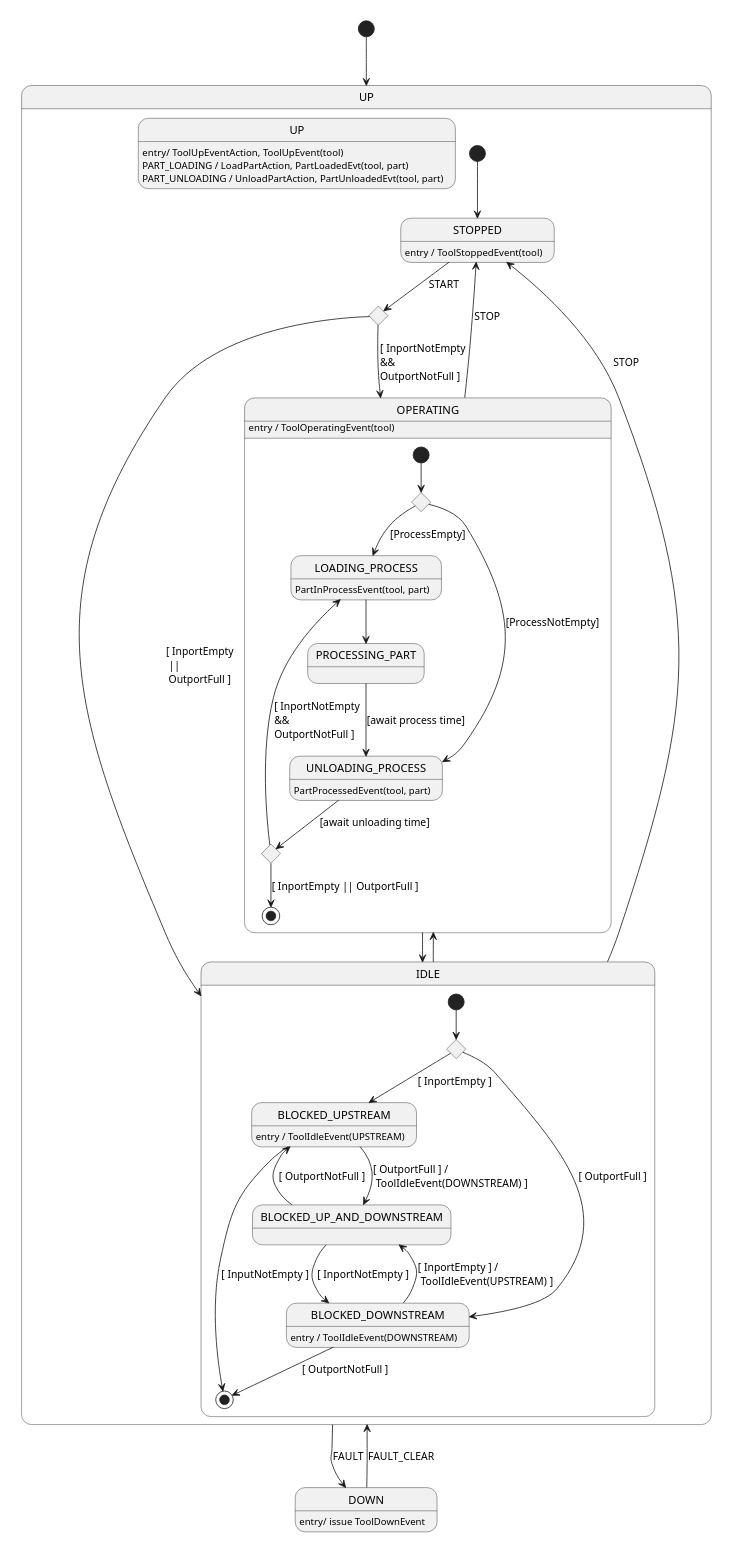
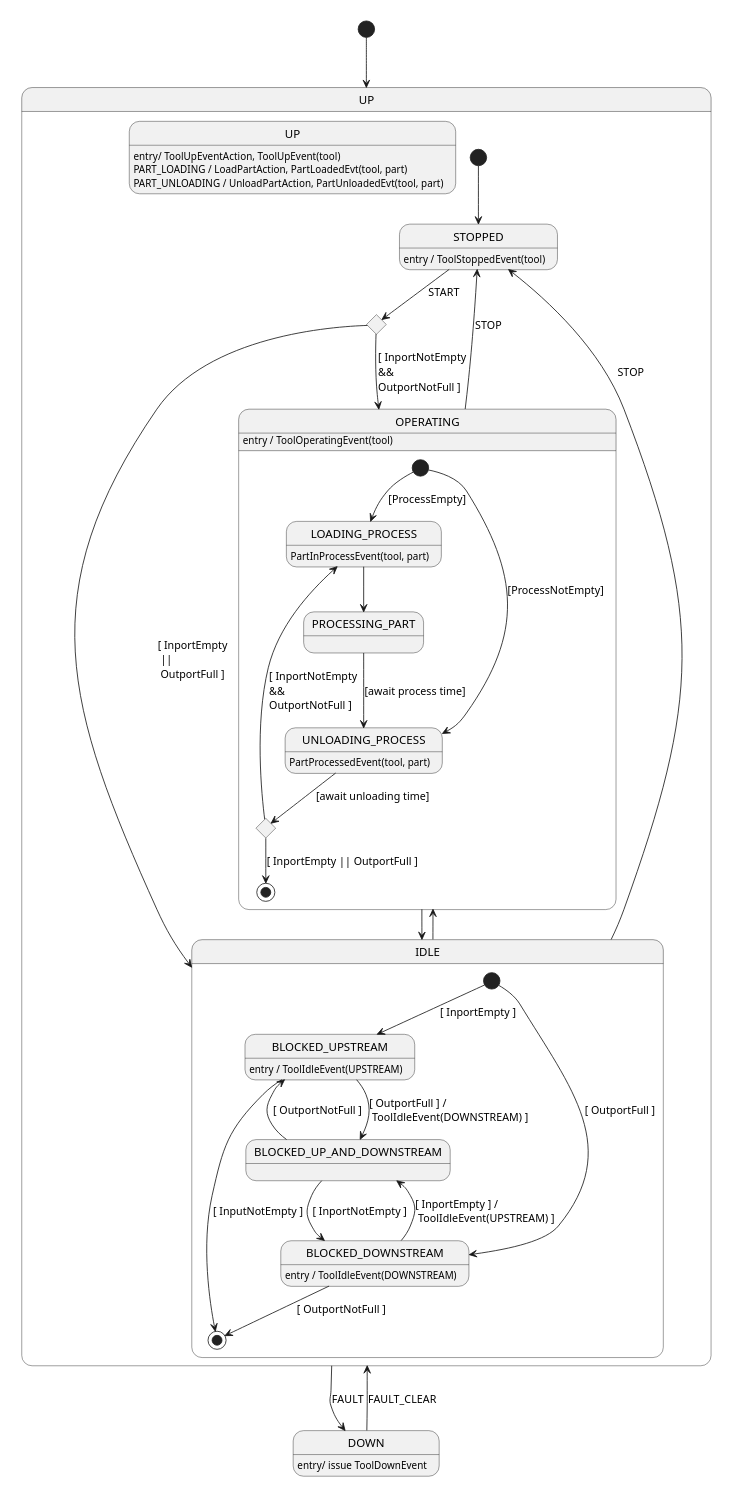
The diagram in doc/domain/tool-5.state.puml (onouv/mes-tool-mock-srv), drawn with PlantUML before and after one commit.

```diff
--- a/doc/domain/tool-5.state.puml
+++ b/doc/domain/tool-5.state.puml
@@ -1,69 +1,65 @@
 @startuml
 'https://plantuml.com/state-diagram
 skinparam defaultTextAlignment left
 scale 350 width
 
 [*] --> UP
 state DOWN : entry/ issue ToolDownEvent
 
 state UP {
     state UP: entry/ ToolUpEventAction, ToolUpEvent(tool)
     state UP: PART_LOADING / LoadPartAction, PartLoadedEvt(tool, part)
     state UP: PART_UNLOADING / UnloadPartAction, PartUnloadedEvt(tool, part)
 
     state STOPPED
     STOPPED: entry / ToolStoppedEvent(tool)
 
     state CHOICE_START <<choice>>
     [*] --> STOPPED
     STOPPED --> CHOICE_START: START
     CHOICE_START --> OPERATING: [ InportNotEmpty\n&&\nOutportNotFull ]
     CHOICE_START --> IDLE: [ InportEmpty \n ||\n OutportFull ]
 
     OPERATING --> STOPPED: STOP
     OPERATING --> IDLE
 
     state IDLE {
-        state CHOICE1 <<choice>>
+
         state BLOCKED_UPSTREAM: entry / ToolIdleEvent(UPSTREAM)
         state BLOCKED_DOWNSTREAM: entry / ToolIdleEvent(DOWNSTREAM)
-        [*] --> CHOICE1
-        CHOICE1 --> BLOCKED_UPSTREAM: [ InportEmpty ]
-        CHOICE1 --> BLOCKED_DOWNSTREAM: [ OutportFull ]
+
+        [*] --> BLOCKED_UPSTREAM: [ InportEmpty ]
+        [*] --> BLOCKED_DOWNSTREAM: [ OutportFull ]
         BLOCKED_DOWNSTREAM --> BLOCKED_UP_AND_DOWNSTREAM: [ InportEmpty ] /\n ToolIdleEvent(UPSTREAM) ]
         BLOCKED_UPSTREAM --> BLOCKED_UP_AND_DOWNSTREAM: [ OutportFull ] /\n ToolIdleEvent(DOWNSTREAM) ]
         BLOCKED_UP_AND_DOWNSTREAM --> BLOCKED_UPSTREAM: [ OutportNotFull ]
         BLOCKED_UP_AND_DOWNSTREAM --> BLOCKED_DOWNSTREAM: [ InportNotEmpty ]
         BLOCKED_DOWNSTREAM --> [*]: [ OutportNotFull ]
         BLOCKED_UPSTREAM --> [*]: [ InputNotEmpty ]
      }
 
     state OPERATING {
         OPERATING: entry / ToolOperatingEvent(tool)
                 state LOADING_PROCESS: PartInProcessEvent(tool, part)
                 state UNLOADING_PROCESS: PartProcessedEvent(tool, part)
-                state CHOICE_LOADING <<choice>>
                 state CHOICE_UNLOADING <<choice>>
                 state PROCESSING_PART
 
-                [*] --> CHOICE_LOADING
-                CHOICE_LOADING --> LOADING_PROCESS: [ProcessEmpty]
-                CHOICE_LOADING --> UNLOADING_PROCESS: [ProcessNotEmpty]
+                [*] --> LOADING_PROCESS: [ProcessEmpty]
+                [*] --> UNLOADING_PROCESS: [ProcessNotEmpty]
                 LOADING_PROCESS --> PROCESSING_PART
 
                 PROCESSING_PART --> UNLOADING_PROCESS: [await process time]
                 UNLOADING_PROCESS --> CHOICE_UNLOADING: [await unloading time]
                 CHOICE_UNLOADING --> LOADING_PROCESS: [ InportNotEmpty \n&& \nOutportNotFull ]
                 CHOICE_UNLOADING --> [*] : [ InportEmpty || OutportFull ]
     }
-
-
 
     IDLE --> OPERATING
     IDLE --> STOPPED: STOP
 
 }
 
 UP --> DOWN: FAULT
 DOWN --> UP: FAULT_CLEAR
 @enduml
```
